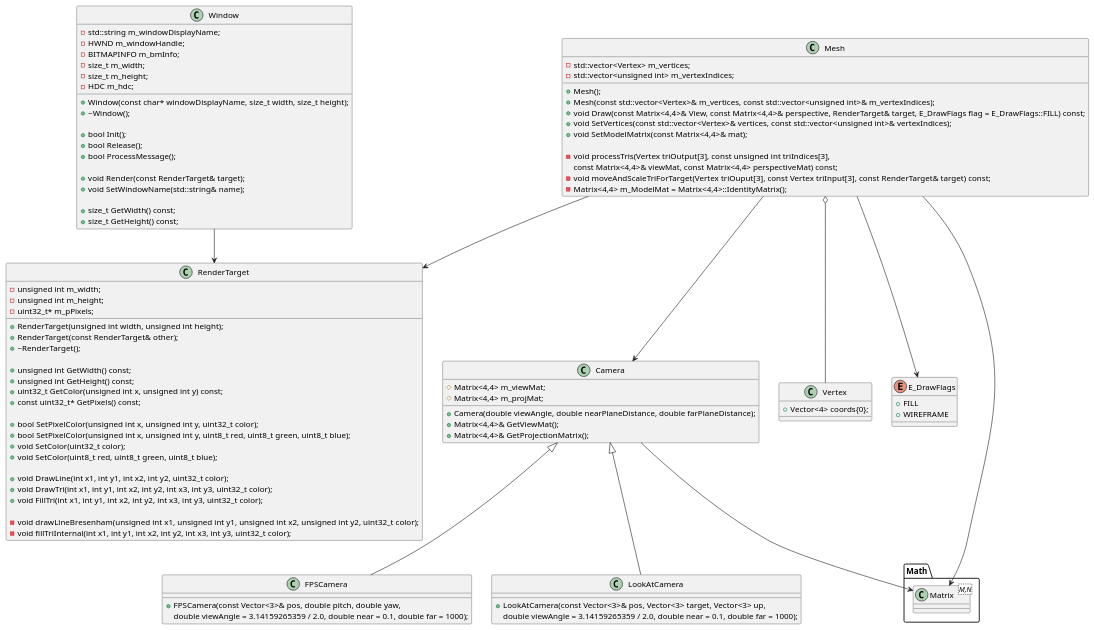
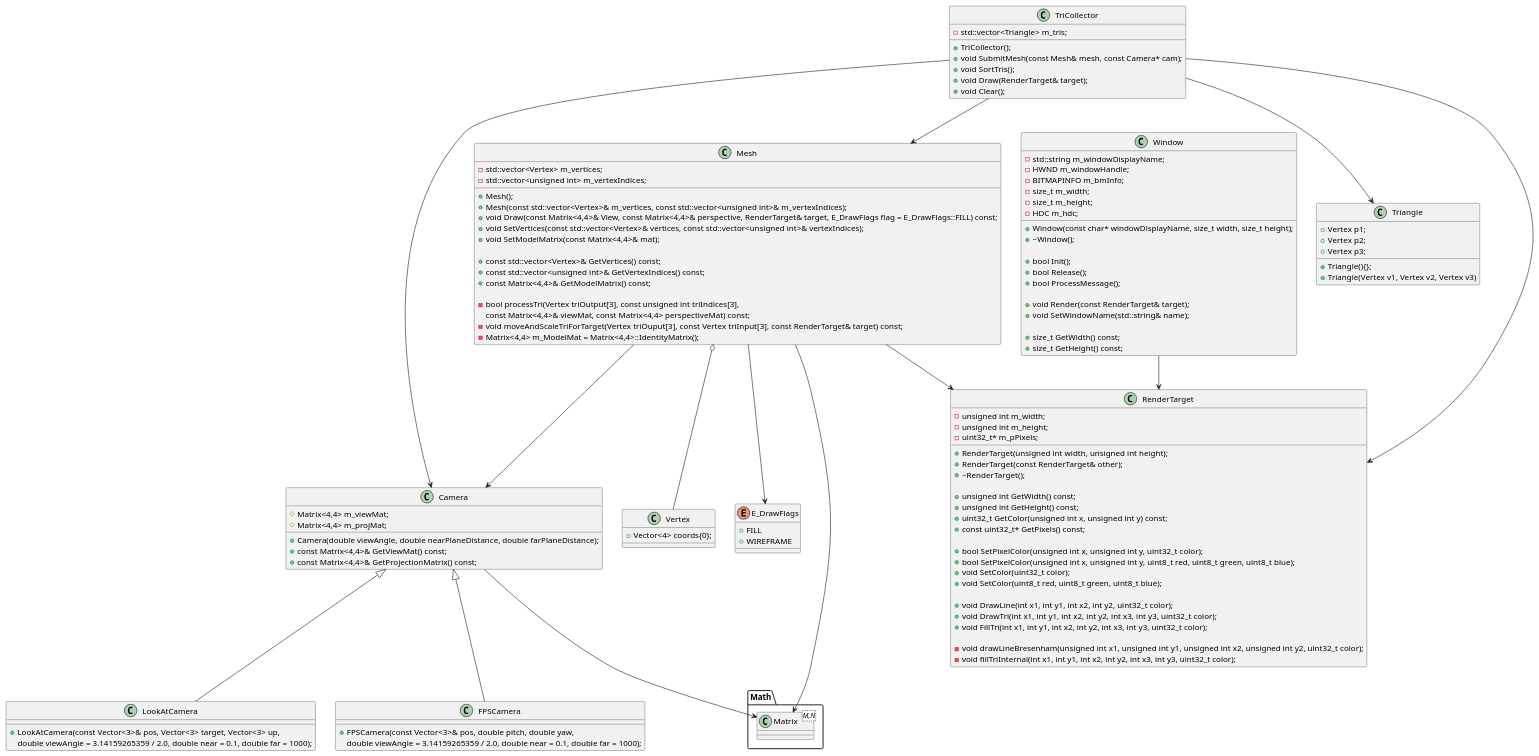
Before and after one commit to Schtekt/FryEngine: the diagram in FryEngine/src/FryEngine/Rendering/Documentation/UML.plantuml, drawn with PlantUML.

Commit message:
Documentation update

```diff
--- a/FryEngine/src/FryEngine/Rendering/Documentation/UML.plantuml
+++ b/FryEngine/src/FryEngine/Rendering/Documentation/UML.plantuml
@@ -1,117 +1,147 @@
 @startuml Rendering
 class Window 
 {
     +Window(const char* windowDisplayName, size_t width, size_t height);
     +~Window();
     
     +bool Init();
     +bool Release();
     +bool ProcessMessage();
 
     +void Render(const RenderTarget& target);
     +void SetWindowName(std::string& name);
 
     +size_t GetWidth() const;
     +size_t GetHeight() const;
 
     -std::string m_windowDisplayName;
     -HWND m_windowHandle;
     -BITMAPINFO m_bmInfo;
     -size_t m_width;
     -size_t m_height;
     -HDC m_hdc;
 }
 
 class RenderTarget
 {
     +RenderTarget(unsigned int width, unsigned int height);
     +RenderTarget(const RenderTarget& other);
     +~RenderTarget();
 
     +unsigned int GetWidth() const;
     +unsigned int GetHeight() const;
     +uint32_t GetColor(unsigned int x, unsigned int y) const;
     +const uint32_t* GetPixels() const;
 
     +bool SetPixelColor(unsigned int x, unsigned int y, uint32_t color);
     +bool SetPixelColor(unsigned int x, unsigned int y, uint8_t red, uint8_t green, uint8_t blue);
     +void SetColor(uint32_t color);
     +void SetColor(uint8_t red, uint8_t green, uint8_t blue);
 
     +void DrawLine(int x1, int y1, int x2, int y2, uint32_t color);
     +void DrawTri(int x1, int y1, int x2, int y2, int x3, int y3, uint32_t color);
     +void FillTri(int x1, int y1, int x2, int y2, int x3, int y3, uint32_t color);
 
     -void drawLineBresenham(unsigned int x1, unsigned int y1, unsigned int x2, unsigned int y2, uint32_t color);
     -void fillTriInternal(int x1, int y1, int x2, int y2, int x3, int y3, uint32_t color);
 
     -unsigned int m_width;
     -unsigned int m_height;
     -uint32_t* m_pPixels;
 }
 
 class Camera
 {
     +Camera(double viewAngle, double nearPlaneDistance, double farPlaneDistance);
-    +Matrix<4,4>& GetViewMat();
-    +Matrix<4,4>& GetProjectionMatrix();
+    +const Matrix<4,4>& GetViewMat() const;
+    +const Matrix<4,4>& GetProjectionMatrix() const;
     
     #Matrix<4,4> m_viewMat;
     #Matrix<4,4> m_projMat;
 }
 
 class FPSCamera
 {
     +FPSCamera(const Vector<3>& pos, double pitch, double yaw, 
                 double viewAngle = 3.14159265359 / 2.0, double near = 0.1, double far = 1000);
 }
 
 class LookAtCamera
 {
     +LookAtCamera(const Vector<3>& pos, Vector<3> target, Vector<3> up,
                 double viewAngle = 3.14159265359 / 2.0, double near = 0.1, double far = 1000);
 }
 
 class Vertex
 {
     +Vector<4> coords{0};
 }
 
 enum E_DrawFlags
 {
     +FILL
     +WIREFRAME
 }
 
 class Mesh
 {
         +Mesh();
         +Mesh(const std::vector<Vertex>& m_vertices, const std::vector<unsigned int>& m_vertexIndices);
         +void Draw(const Matrix<4,4>& View, const Matrix<4,4>& perspective, RenderTarget& target, E_DrawFlags flag = E_DrawFlags::FILL) const;
         +void SetVertices(const std::vector<Vertex>& vertices, const std::vector<unsigned int>& vertexIndices);
         +void SetModelMatrix(const Matrix<4,4>& mat);
 
-        -void processTris(Vertex triOutput[3], const unsigned int triIndices[3], 
+        +const std::vector<Vertex>& GetVertices() const; 
+        +const std::vector<unsigned int>& GetVertexIndices() const; 
+        +const Matrix<4,4>& GetModelMatrix() const; 
+        
+        -bool processTri(Vertex triOutput[3], const unsigned int triIndices[3], 
                         const Matrix<4,4>& viewMat, const Matrix<4,4> perspectiveMat) const;
         -void moveAndScaleTriForTarget(Vertex triOuput[3], const Vertex triInput[3], const RenderTarget& target) const;
 
         -std::vector<Vertex> m_vertices;
         -std::vector<unsigned int> m_vertexIndices;
         -Matrix<4,4> m_ModelMat = Matrix<4,4>::IdentityMatrix();
 }
 
 package Math <<Folder>>
 {
     class Matrix <M,N>
 }
 
+class Triangle
+{
+    +Triangle(){};
+    +Triangle(Vertex v1, Vertex v2, Vertex v3)
+
+    +Vertex p1;
+    +Vertex p2;
+    +Vertex p3;
+}
+
+class TriCollector
+{
+    +TriCollector();
+    +void SubmitMesh(const Mesh& mesh, const Camera* cam);
+    +void SortTris();
+    +void Draw(RenderTarget& target);
+    +void Clear();
+
+    -std::vector<Triangle> m_tris;
+}
+
 Camera <|-- FPSCamera
 Camera <|-- LookAtCamera
 Mesh --> Camera
 Mesh --> RenderTarget
 Mesh o-- Vertex
 Mesh --> E_DrawFlags
 Window --> RenderTarget
 Camera --> Matrix
 Mesh --> Matrix
+TriCollector --> Mesh
+TriCollector --> Camera
+TriCollector --> RenderTarget
+TriCollector --> Triangle
+
 @enduml
```
